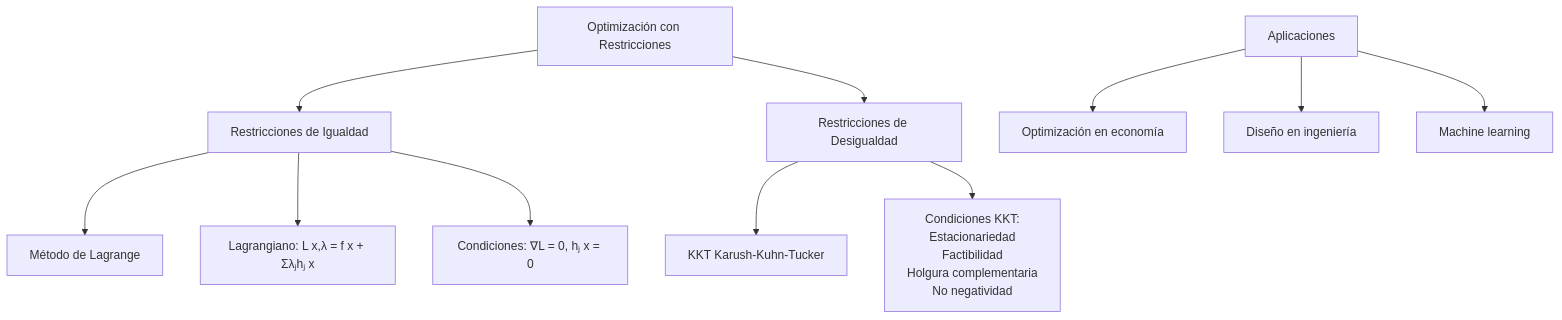
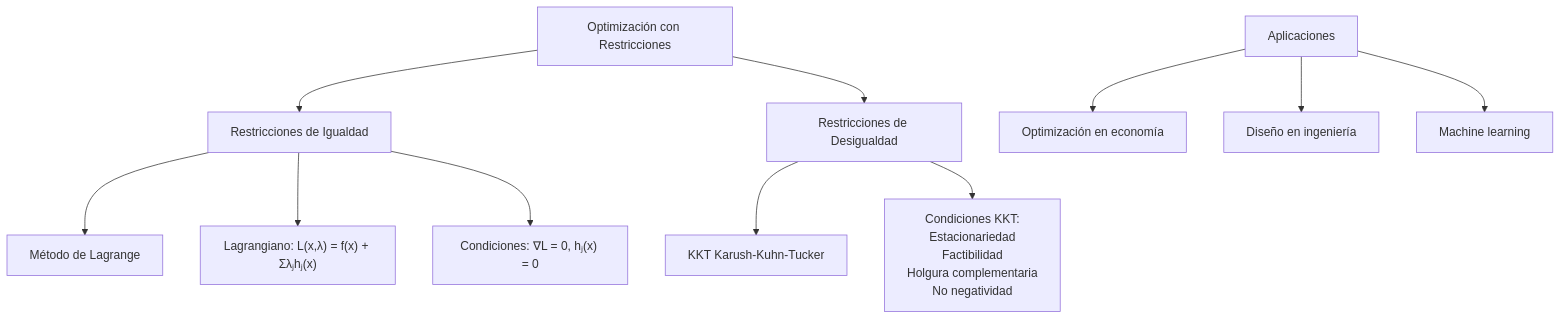
Before and after one commit to djaimej/computer-science-template: the first of 2 diagrams in public/documents/semester-2/4/2454.md, drawn with Mermaid. The commit also changed other lines of this file and 20 other files, not shown here.

````diff
--- a/public/documents/semester-2/4/2454.md
+++ b/public/documents/semester-2/4/2454.md
@@ -35,20 +35,20 @@
 ```mermaid
 flowchart TD
     A[Optimización con Restricciones] --> B[Restricciones de Igualdad]
     A --> C[Restricciones de Desigualdad]
 
     B --> D[Método de Lagrange]
-    B --> E[Lagrangiano: L x,λ = f x + Σλⱼhⱼ x]
-    B --> F[Condiciones: ∇L = 0, hⱼ x = 0]
+    B --> E["Lagrangiano: L(x,λ) = f(x) + Σλⱼhⱼ(x)"]
+    B --> F["Condiciones: ∇L = 0, hⱼ(x) = 0"]
 
     C --> G[KKT Karush-Kuhn-Tucker]
     C --> H[Condiciones KKT:<br>Estacionariedad<br>Factibilidad<br>Holgura complementaria<br>No negatividad]
 
     I[Aplicaciones] --> J[Optimización en economía]
     I --> K[Diseño en ingeniería]
     I --> L[Machine learning]
 
     D:::red
     G:::orange
     E:::dandelion
 ```
````
